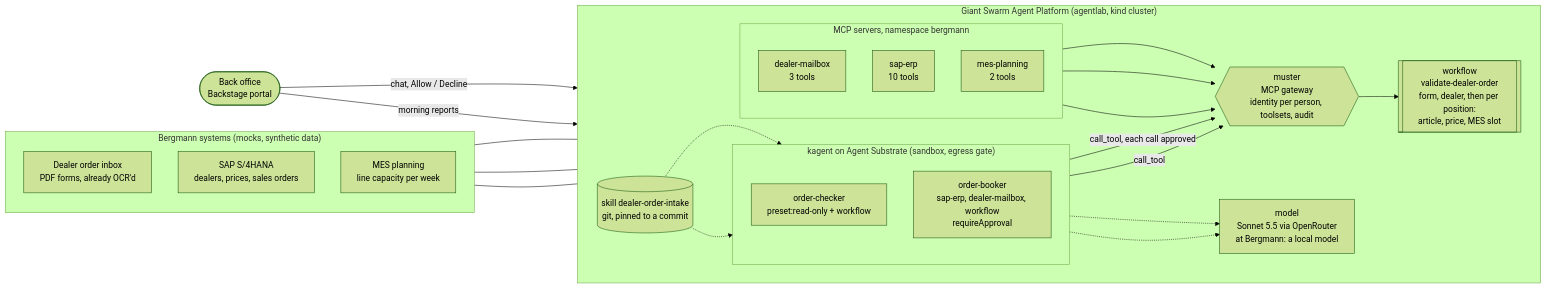
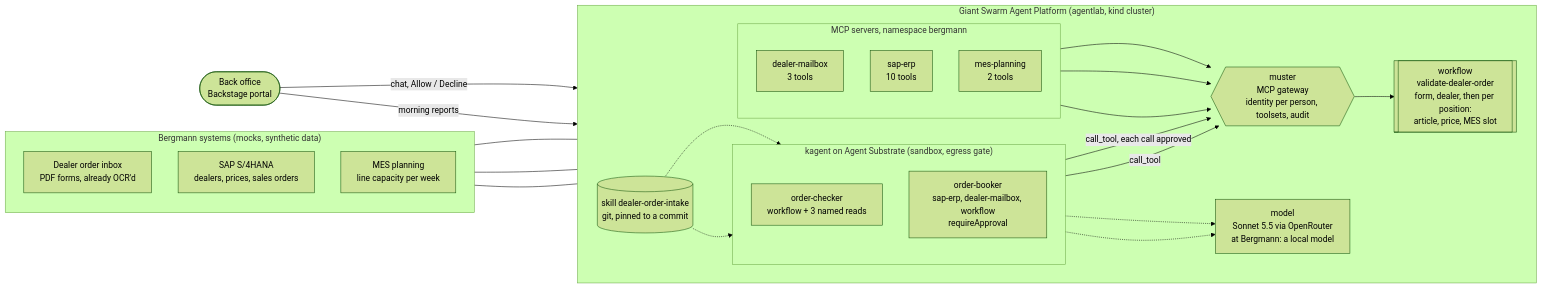
One commit to VictoryDev0/bergmann-order-intake changed the diagram in README.md. Above: the diagram before and after it, drawn with Mermaid (forest theme). The commit also changed other lines of this file and 2 other files, not shown here.

Commit message:
README and build log: named-tool toolset, reset in place, 12 proofs

````diff
--- a/README.md
+++ b/README.md
@@ -23,42 +23,42 @@
 ```mermaid
 flowchart LR
   subgraph BKS["Bergmann systems (mocks, synthetic data)"]
     direction TB
     MB["Dealer order inbox<br/>PDF forms, already OCR'd"]
     SAP["SAP S/4HANA<br/>dealers, prices, sales orders"]
     MES["MES planning<br/>line capacity per week"]
   end
 
   subgraph GSP["Giant Swarm Agent Platform (agentlab, kind cluster)"]
     direction LR
     subgraph MCPS["MCP servers, namespace bergmann"]
       direction TB
       M1["dealer-mailbox<br/>3 tools"]
       M2["sap-erp<br/>10 tools"]
       M3["mes-planning<br/>2 tools"]
     end
     MU{{"muster<br/>MCP gateway<br/>identity per person, toolsets, audit"}}
     WF[["workflow<br/>validate-dealer-order<br/>form, dealer, then per position:<br/>article, price, MES slot"]]
     subgraph RT["kagent on Agent Substrate (sandbox, egress gate)"]
       direction TB
-      CK["order-checker<br/>preset:read-only + workflow"]
+      CK["order-checker<br/>workflow + 3 named reads"]
       BK["order-booker<br/>sap-erp, dealer-mailbox, workflow<br/>requireApproval"]
     end
     SK[("skill dealer-order-intake<br/>git, pinned to a commit")]
     LLM["model<br/>Sonnet 5.5 via OpenRouter<br/>at Bergmann: a local model"]
   end
 
   P(["Back office<br/>Backstage portal"])
 
   MB --- M1
   SAP --- M2
   MES --- M3
   M1 & M2 & M3 --> MU
   MU --> WF
   CK -- "call_tool" --> MU
   BK -- "call_tool, each call approved" --> MU
   SK -.-> CK & BK
   CK & BK -.-> LLM
   P -- "chat, Allow / Decline" --> BK
   P -- "morning reports" --> CK
 ```
````
